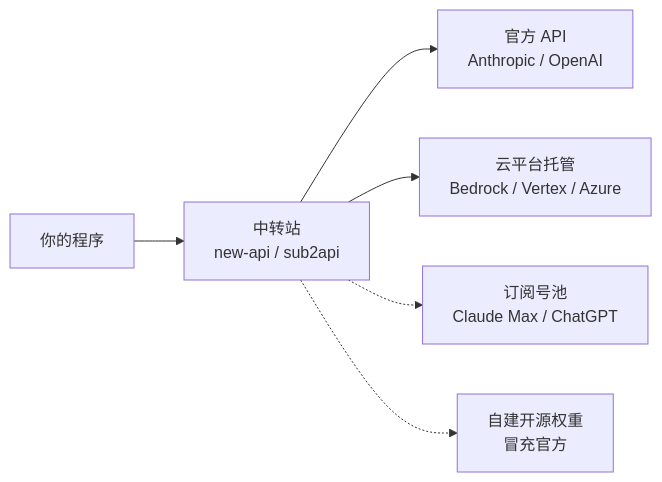
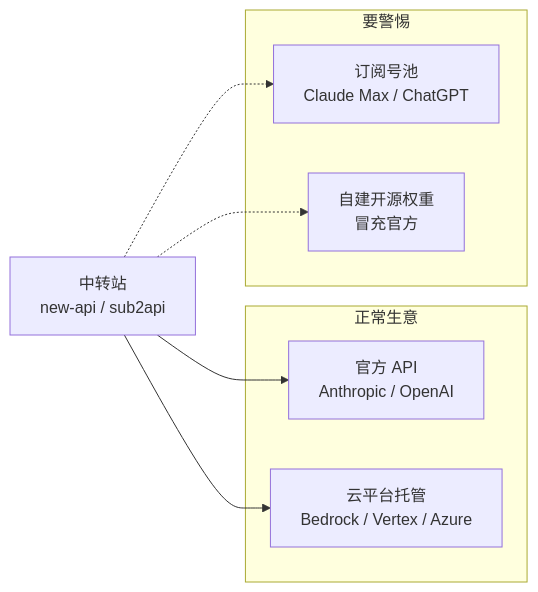
One commit to YouToco/zhuoqidev.com changed the diagram in src/content/posts/verify-llm-relay-api/zh.md. Above: the diagram before and after it, drawn with Mermaid. The commit also changed other lines of this file and 35 other files, not shown here.

````diff
--- a/src/content/posts/verify-llm-relay-api/zh.md
+++ b/src/content/posts/verify-llm-relay-api/zh.md
@@ -45,8 +46,16 @@
 ```mermaid
 flowchart LR
-  A[你的程序] --> B[中转站<br/>new-api / sub2api]
-  B --> C[官方 API<br/>Anthropic / OpenAI]
-  B --> D[云平台托管<br/>Bedrock / Vertex / Azure]
-  B -.-> E[订阅号池<br/>Claude Max / ChatGPT]
-  B -.-> F[自建开源权重<br/>冒充官方]
+  B[中转站<br/>new-api / sub2api]
+  subgraph OK[正常生意]
+    C[官方 API<br/>Anthropic / OpenAI]
+    D[云平台托管<br/>Bedrock / Vertex / Azure]
+  end
+  subgraph RISK[要警惕]
+    E[订阅号池<br/>Claude Max / ChatGPT]
+    F[自建开源权重<br/>冒充官方]
+  end
+  B --> C
+  B --> D
+  B -.-> E
+  B -.-> F
 ```
````
